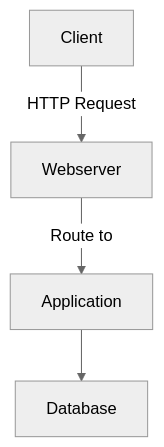
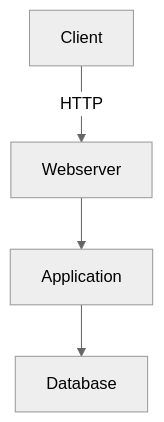
One commit to TUB-DVG/wissen-digital-ewb changed the first of 4 diagrams in webcentral/doc/06_sphinx/source/general/basic_structure.md. Above: the diagram before and after it, drawn with Mermaid (neutral theme). The commit also changed other lines of this file and 1 other file, not shown here.

````diff
--- a/webcentral/doc/06_sphinx/source/general/basic_structure.md
+++ b/webcentral/doc/06_sphinx/source/general/basic_structure.md
@@ -3,6 +3,6 @@
 ```{mermaid}
 flowchart TD
-    Client[Client] -->|HTTP Request| Webserver
-    Webserver -->|Route to| Application
+    Client[Client] -->|HTTP| Webserver
+    Webserver --> Application
     Application --> Database
 ```
````
